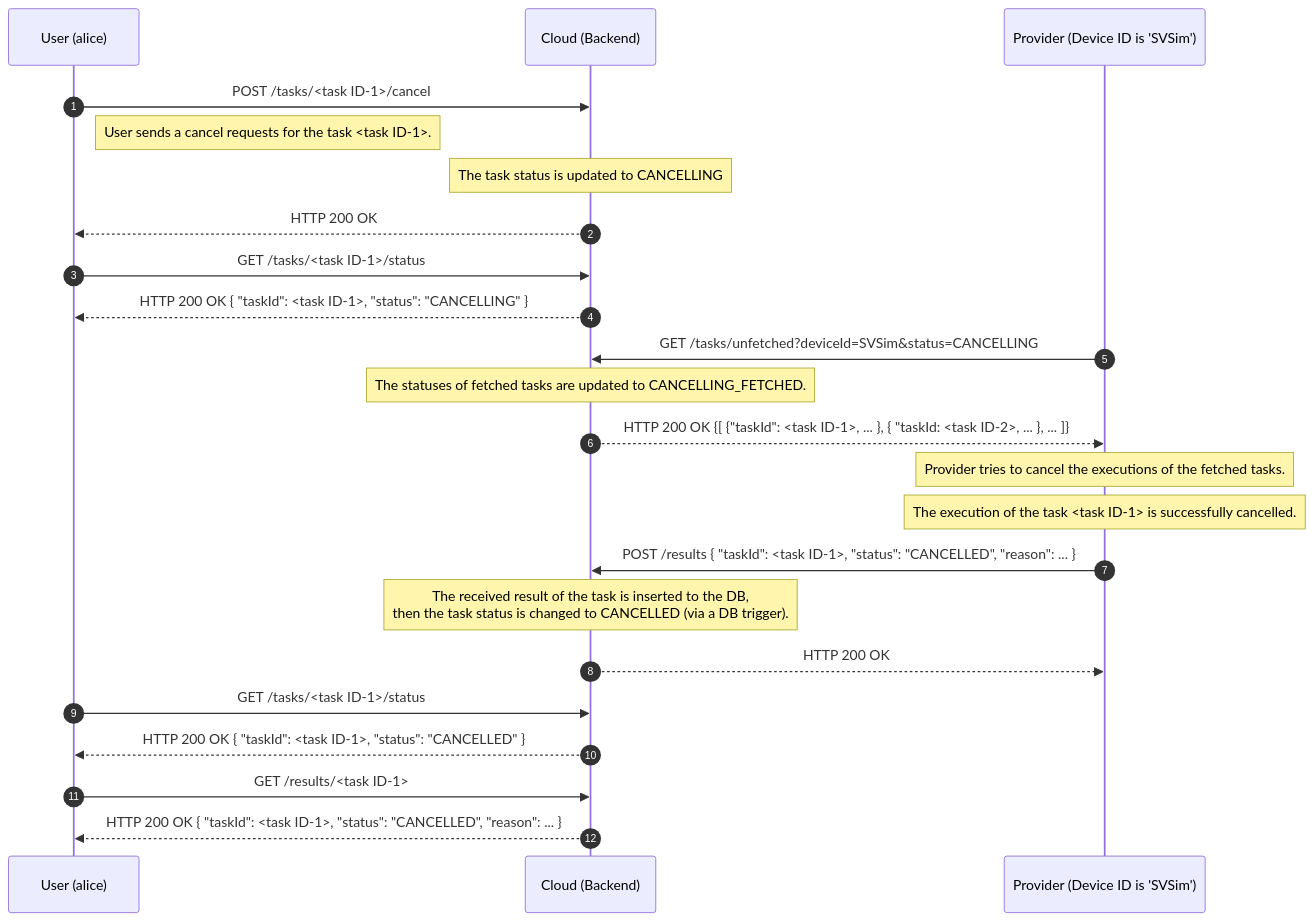
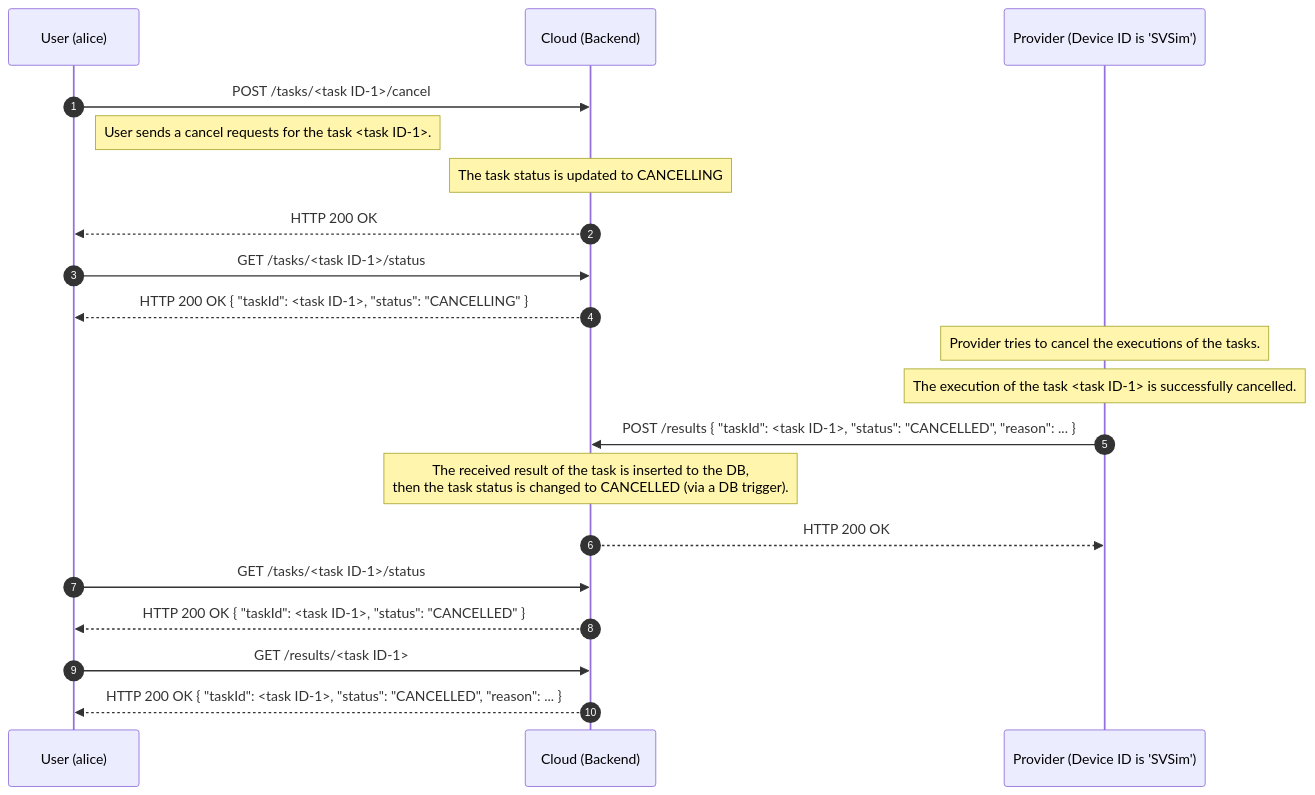
One commit to oqtopus-team/oqtopus-cloud changed the third of 3 diagrams in docs/en/architecture/sequence_diagram.md. Above: the diagram before and after it, drawn with Mermaid. The commit also changed other lines of this file and 26 other files, not shown here.

Commit message:
refactor: delete of XXX_FETCHED and GET /tasks/unfetched (#45)

````diff
--- a/docs/en/architecture/sequence_diagram.md
+++ b/docs/en/architecture/sequence_diagram.md
@@ -154,32 +138,28 @@
 ```mermaid
 sequenceDiagram
     autonumber
     participant User as User (alice)
     participant Cloud as Cloud (Backend)
     participant Provider as Provider (Device ID is 'SVSim')
 
     User->>Cloud: POST /tasks/<task ID-1>/cancel
     Note right of User: User sends a cancel requests for the task <task ID-1>.
     Note over Cloud: The task status is updated to CANCELLING
     Cloud-->>User: HTTP 200 OK
 
     User->>Cloud: GET /tasks/<task ID-1>/status
     Cloud-->>User: HTTP 200 OK { "taskId": <task ID-1>, "status": "CANCELLING" }
 
-    Provider->>Cloud: GET /tasks/unfetched?deviceId=SVSim&status=CANCELLING
-    Note over Cloud: The statuses of fetched tasks are updated to CANCELLING_FETCHED.
-    Cloud-->>Provider: HTTP 200 OK {[ {"taskId": <task ID-1>, ... }, { "taskId: <task ID-2>, ... }, ... ]}
-
-    Note over Provider: Provider tries to cancel the executions of the fetched tasks.
+    Note over Provider: Provider tries to cancel the executions of the tasks.
     Note over Provider: The execution of the task <task ID-1> is successfully cancelled.
     Provider->>Cloud: POST /results { "taskId": <task ID-1>, "status": "CANCELLED", "reason": ... }
 
     Note over Cloud: The received result of the task is inserted to the DB,<br> then the task status is changed to CANCELLED (via a DB trigger).
     Cloud-->>Provider: HTTP 200 OK
 
     User->>Cloud: GET /tasks/<task ID-1>/status
     Cloud-->>User: HTTP 200 OK { "taskId": <task ID-1>, "status": "CANCELLED" }
 
     User->>Cloud: GET /results/<task ID-1>
     Cloud-->>User: HTTP 200 OK { "taskId": <task ID-1>, "status": "CANCELLED", "reason": ... }
 ```
````
